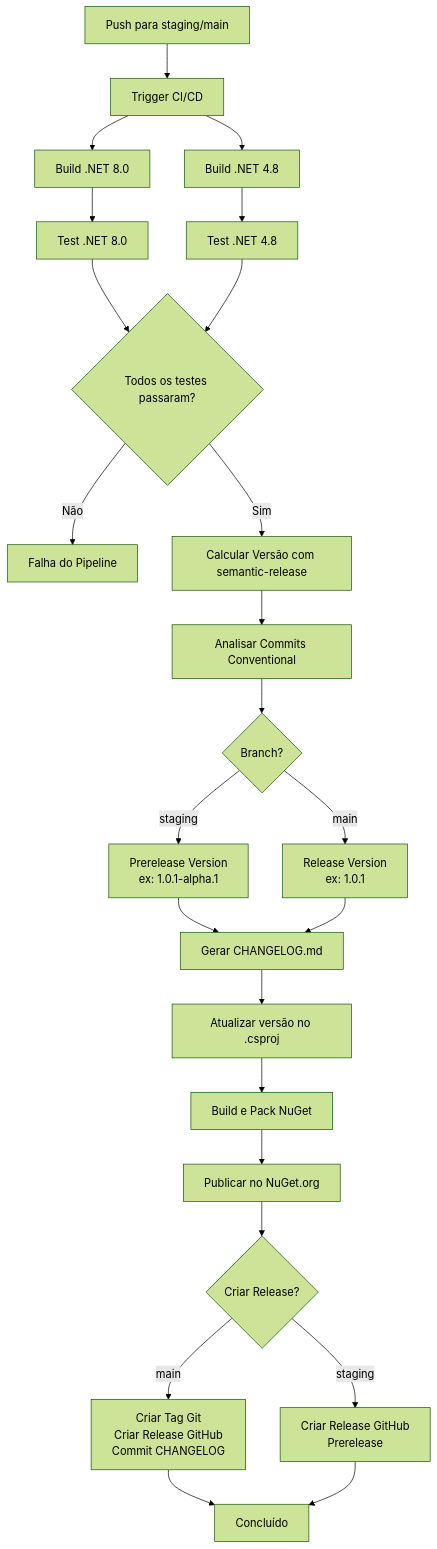
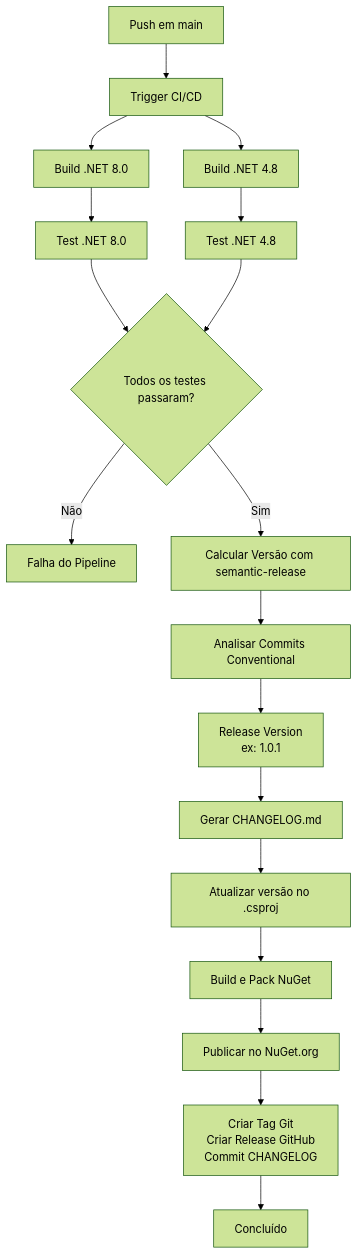
One commit to whitebeardit/traceability changed the second of 2 diagrams in docs/development/ci-cd.md. Above: the diagram before and after it, drawn with Mermaid (forest theme). The commit also changed other lines of this file and 9 other files, not shown here.

First line of the commit message:
🚀 Sync staging → main (#13)

````diff
--- a/docs/development/ci-cd.md
+++ b/docs/development/ci-cd.md
@@ -11,26 +39,20 @@
 ```mermaid
 flowchart TD
-    A[Push para staging/main] --> B[Trigger CI/CD]
+    A[Push em main] --> B[Trigger CI/CD]
     B --> C[Build .NET 8.0]
     B --> D[Build .NET 4.8]
     C --> E[Test .NET 8.0]
     D --> F[Test .NET 4.8]
     E --> G{Todos os testes passaram?}
     F --> G
     G -->|Não| H[Falha do Pipeline]
     G -->|Sim| I[Calcular Versão com semantic-release]
     I --> J[Analisar Commits Conventional]
-    J --> K{Branch?}
-    K -->|staging| L[Prerelease Version<br/>ex: 1.0.1-alpha.1]
-    K -->|main| M[Release Version<br/>ex: 1.0.1]
-    L --> N[Gerar CHANGELOG.md]
-    M --> N
-    N --> O[Atualizar versão no .csproj]
-    O --> P[Build e Pack NuGet]
-    P --> Q[Publicar no NuGet.org]
-    Q --> R{Criar Release?}
-    R -->|main| S[Criar Tag Git<br/>Criar Release GitHub<br/>Commit CHANGELOG]
-    R -->|staging| T[Criar Release GitHub<br/>Prerelease]
-    S --> U[Concluído]
-    T --> U
+    J --> K[Release Version<br/>ex: 1.0.1]
+    K --> L[Gerar CHANGELOG.md]
+    L --> M[Atualizar versão no .csproj]
+    M --> N[Build e Pack NuGet]
+    N --> O[Publicar no NuGet.org]
+    O --> P[Criar Tag Git<br/>Criar Release GitHub<br/>Commit CHANGELOG]
+    P --> Q[Concluído]
 ```
````
